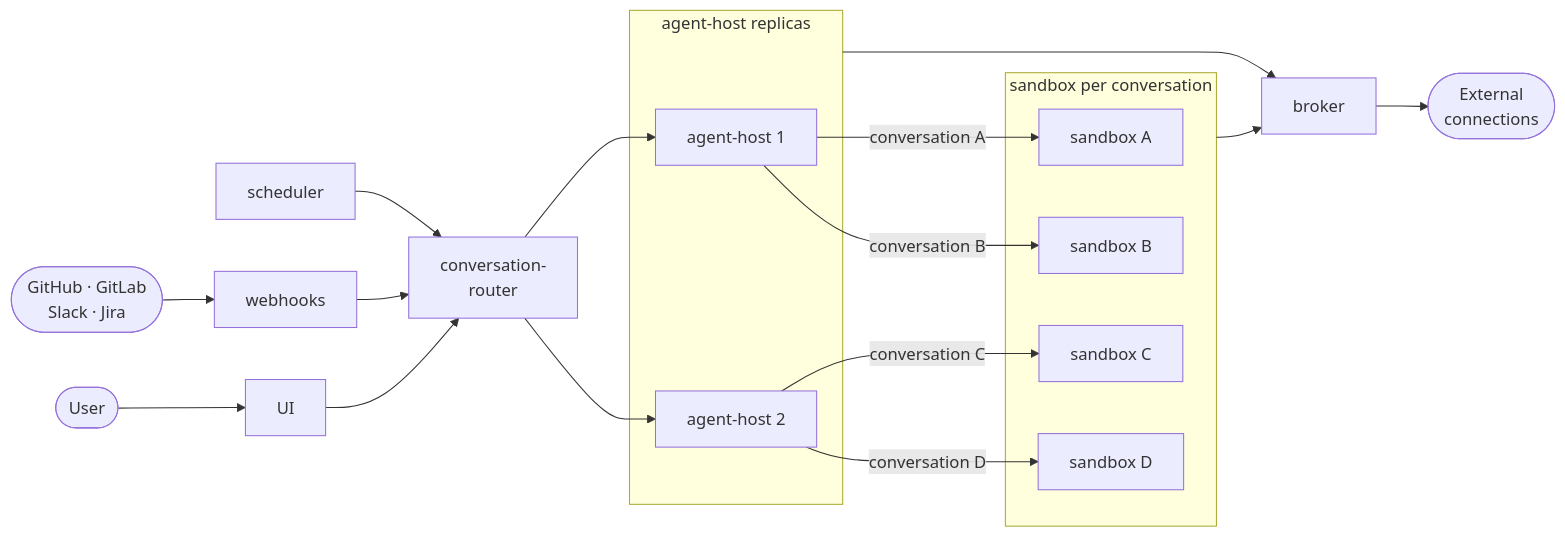
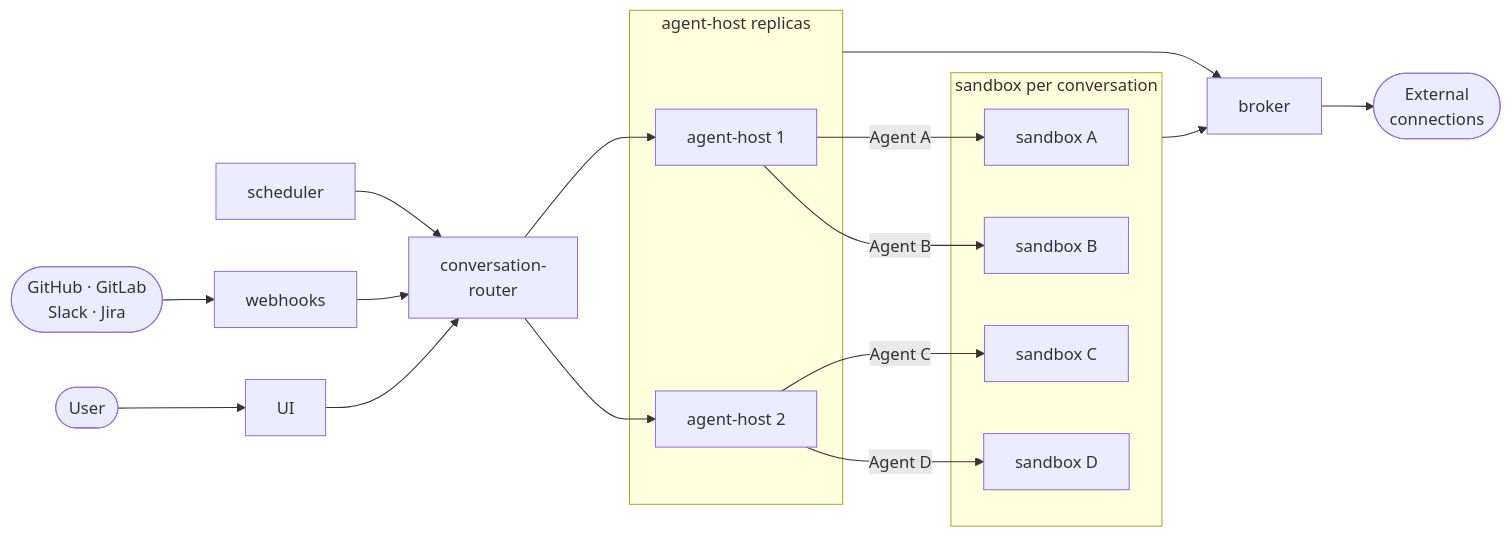
Before and after one commit to chadac-me/scooter: the diagram in docs/architecture.md, drawn with Mermaid.

Commit message:
docs(architecture): label host-to-sandbox edges as agents

````diff
--- a/docs/architecture.md
+++ b/docs/architecture.md
@@ -9,37 +9,37 @@
 ```mermaid
 flowchart LR
     user(["User"])
     ext(["GitHub · GitLab<br/>Slack · Jira"])
 
     ui["UI"]
     webhooks["webhooks"]
     sched["scheduler"]
     router["conversation-<br/>router"]
 
     subgraph hosts["agent-host replicas"]
         host1["agent-host 1"]
         host2["agent-host 2"]
     end
 
     subgraph sandboxes["sandbox per conversation"]
         sb1["sandbox A"]
         sb2["sandbox B"]
         sb3["sandbox C"]
         sb4["sandbox D"]
     end
 
     broker["broker"]
     world(["External<br/>connections"])
 
     user --> ui --> router
     ext --> webhooks --> router
     sched --> router
     router --> host1 & host2
-    host1 -->|conversation A| sb1
-    host1 -->|conversation B| sb2
-    host2 -->|conversation C| sb3
-    host2 -->|conversation D| sb4
+    host1 -->|Agent A| sb1
+    host1 -->|Agent B| sb2
+    host2 -->|Agent C| sb3
+    host2 -->|Agent D| sb4
     sandboxes --> broker
     hosts --> broker
     broker --> world
 ```
````
